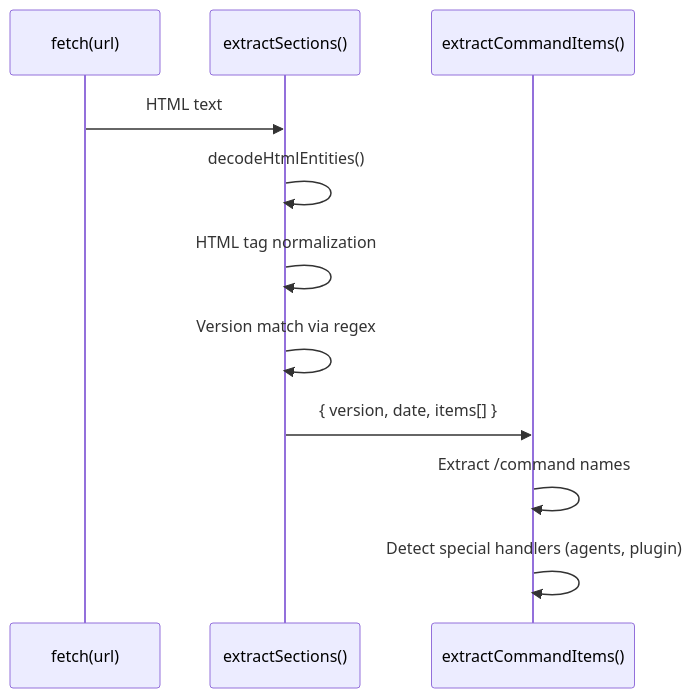
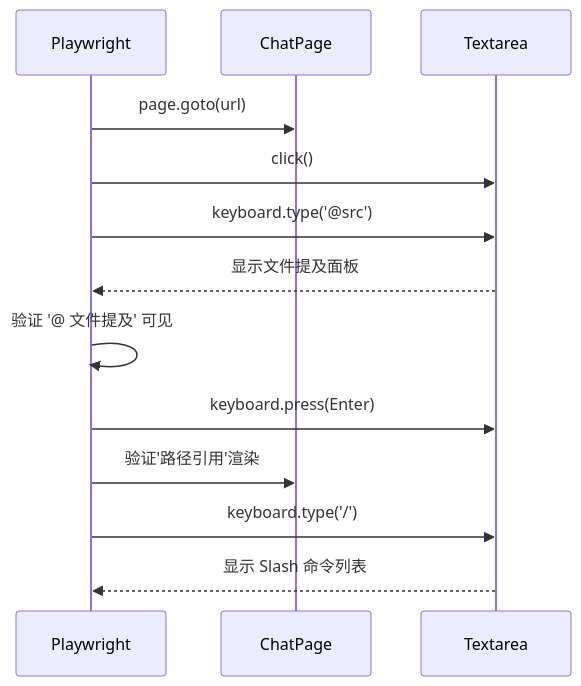
Before and after one commit to lst016/tech-cc-hub: the second of 3 diagrams in .tech/repowiki/zh/content/核心模块规格/工程脚本总览.md, drawn with Mermaid. The commit also changed other lines of this file and 176 other files, not shown here.

````diff
--- a/.tech/repowiki/zh/content/核心模块规格/工程脚本总览.md
+++ b/.tech/repowiki/zh/content/核心模块规格/工程脚本总览.md
@@ -355,14 +310,15 @@
 ```mermaid
 sequenceDiagram
-    participant Fetch as fetch(url)
-    participant Parse as extractSections()
-    participant Extract as extractCommandItems()
-    
-    Fetch->>Parse: HTML text
-    Parse->>Parse: decodeHtmlEntities()
-    Parse->>Parse: HTML tag normalization
-    Parse->>Parse: Version match via regex
-    Parse->>Extract: { version, date, items[] }
-    Extract->>Extract: Extract /command names
-    Extract->>Extract: Detect special handlers (agents, plugin)
+    participant Playwright
+    participant ChatPage
+    participant Textarea
+    Playwright->>ChatPage: page.goto(url)
+    Playwright->>Textarea: click()
+    Playwright->>Textarea: keyboard.type('@src')
+    Textarea-->>Playwright: 显示文件提及面板
+    Playwright->>Playwright: 验证 '@ 文件提及' 可见
+    Playwright->>Textarea: keyboard.press(Enter)
+    Playwright->>ChatPage: 验证'路径引用'渲染
+    Playwright->>Textarea: keyboard.type('/')
+    Textarea-->>Playwright: 显示 Slash 命令列表
 ```
````
